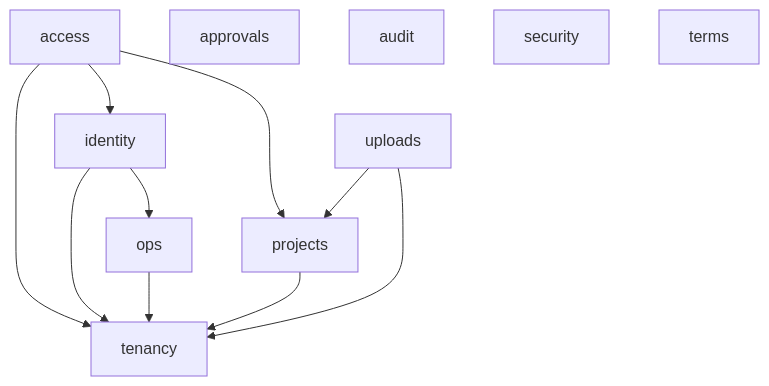
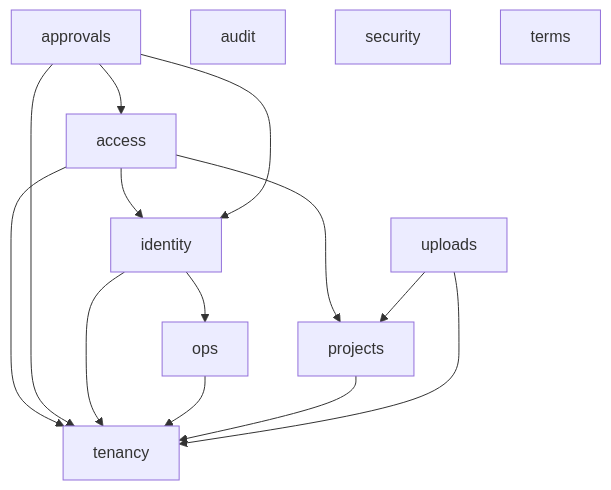
Before and after one commit to kingdonk-ops/Project-AIP: the diagram in docs/architecture/module-map.md, drawn with Mermaid. The commit also changed other lines of this file and 2 other files, not shown here.

Commit message:
[ClaudeK] APPROVALS-02: IDOR map, isolation seed overrides and module map for the new routes and table

````diff
--- a/docs/architecture/module-map.md
+++ b/docs/architecture/module-map.md
@@ -25,17 +25,19 @@
 ```mermaid
 graph TD
     access --> identity
     access --> projects
     access --> tenancy
-    approvals
+    approvals --> access
+    approvals --> identity
+    approvals --> tenancy
     audit
     identity --> ops
     identity --> tenancy
     ops --> tenancy
     projects --> tenancy
     security
     tenancy
     terms
     uploads --> projects
     uploads --> tenancy
 ```
````
